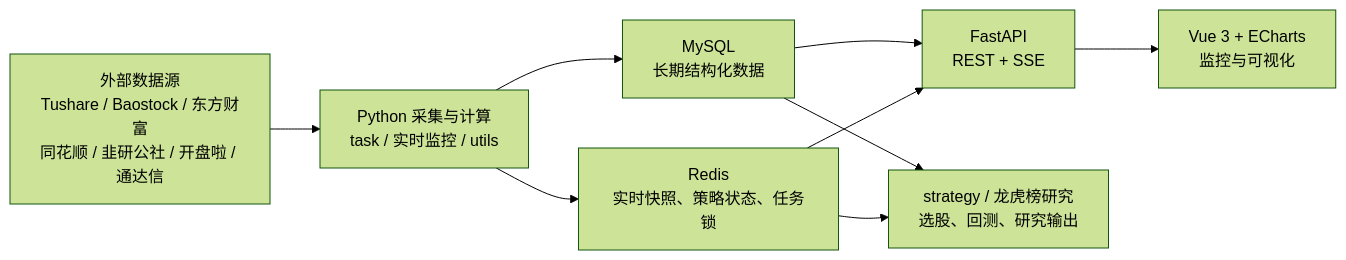
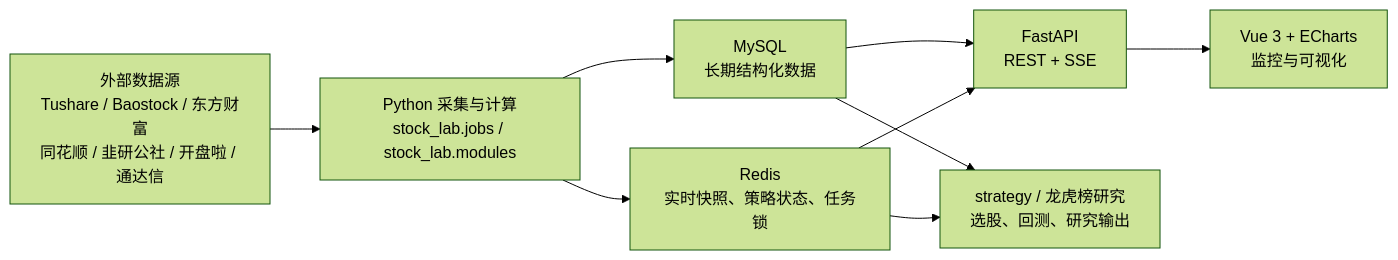
One commit to Eas0nLau/stock-trading-lab changed the diagram in README.md. Above: the diagram before and after it, drawn with Mermaid (forest theme). The commit also changed other lines of this file and 1 other file, not shown here.

````diff
--- a/README.md
+++ b/README.md
@@ -197,19 +197,19 @@
 ```mermaid
 flowchart LR
     Sources["外部数据源<br/>Tushare / Baostock / 东方财富<br/>同花顺 / 韭研公社 / 开盘啦 / 通达信"]
-    Collect["Python 采集与计算<br/>task / 实时监控 / utils"]
+    Collect["Python 采集与计算<br/>stock_lab.jobs / stock_lab.modules"]
     MySQL["MySQL<br/>长期结构化数据"]
     Redis["Redis<br/>实时快照、策略状态、任务锁"]
     API["FastAPI<br/>REST + SSE"]
     Web["Vue 3 + ECharts<br/>监控与可视化"]
     Research["strategy / 龙虎榜研究<br/>选股、回测、研究输出"]
 
     Sources --> Collect
     Collect --> MySQL
     Collect --> Redis
     MySQL --> API
     Redis --> API
     API --> Web
     MySQL --> Research
     Redis --> Research
 ```
````
